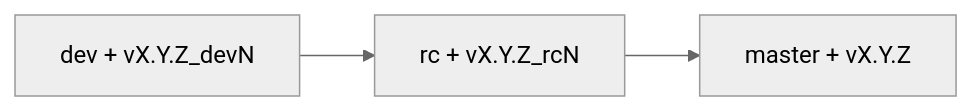
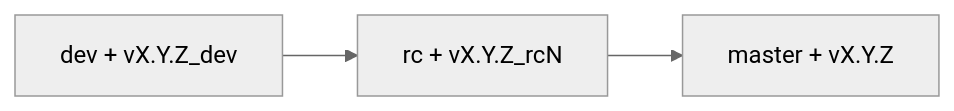
One commit to erickdevit/omybuntu changed the diagram in RELEASES_AND_CHANNELS.md. Above: the diagram before and after it, drawn with Mermaid (neutral theme). The commit also changed other lines of this file and 7 other files, not shown here.

````diff
--- a/RELEASES_AND_CHANNELS.md
+++ b/RELEASES_AND_CHANNELS.md
@@ -31,5 +32,5 @@
 ```mermaid
 graph LR
-  Dev["dev + vX.Y.Z_devN"] --> RC["rc + vX.Y.Z_rcN"]
+  Dev["dev + vX.Y.Z_dev"] --> RC["rc + vX.Y.Z_rcN"]
   RC --> Stable["master + vX.Y.Z"]
 ```
````
